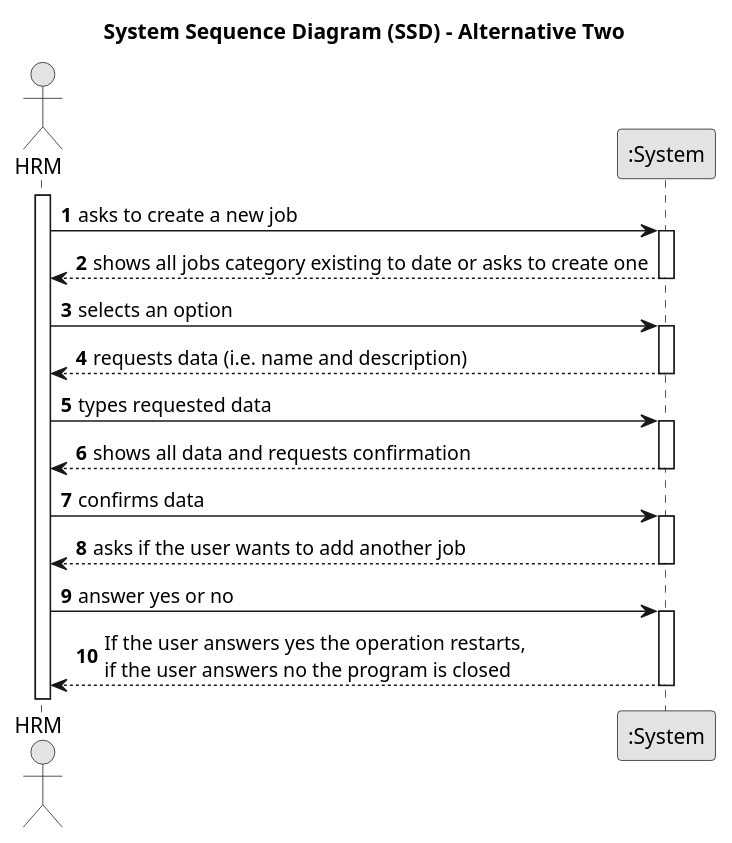
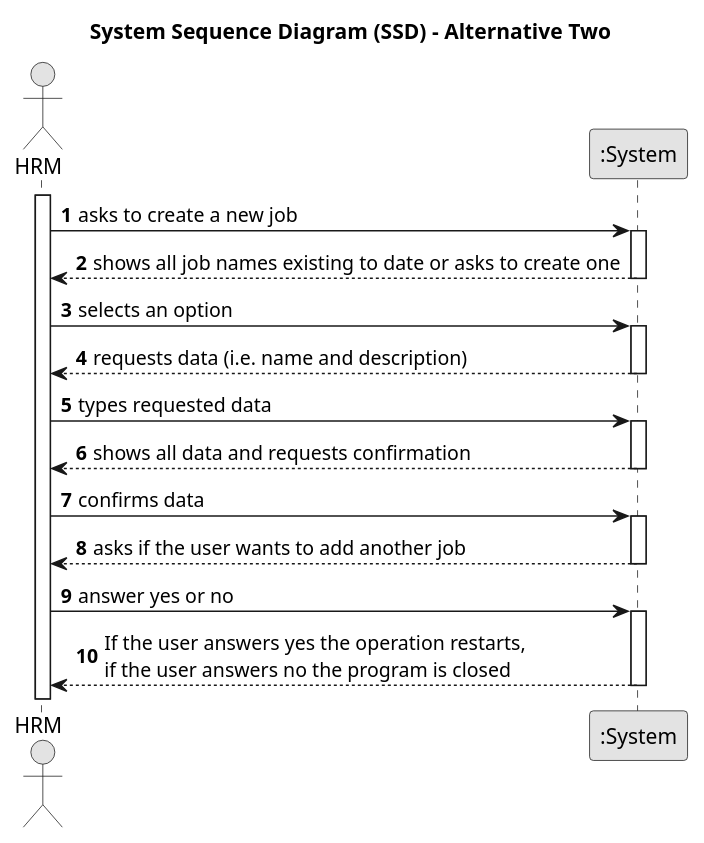
The diagram in docs/sprintA&B/us002/01.requirements-engineering/puml/us002-system-sequence-diagram-alternative-two.puml (daniel41silva05/ISEP_2023_2024_LAPR2), drawn with PlantUML before and after one commit. The commit also changed 17 other files, not shown here.

```diff
--- a/docs/sprintA&B/us002/01.requirements-engineering/puml/us002-system-sequence-diagram-alternative-two.puml
+++ b/docs/sprintA&B/us002/01.requirements-engineering/puml/us002-system-sequence-diagram-alternative-two.puml
@@ -1,45 +1,45 @@
 @startuml
 skinparam monochrome true
 skinparam packageStyle rectangle
 skinparam shadowing false
 
 title System Sequence Diagram (SSD) - Alternative Two
 
 autonumber
 
 actor "HRM" as HRM
 participant ":System" as System
 
 activate HRM
 
     HRM -> System : asks to create a new job
     activate System
 
-        System --> HRM : shows all jobs category existing to date or asks to create one
+        System --> HRM : shows all job names existing to date or asks to create one
     deactivate System
 
     HRM -> System : selects an option
     activate System
 
         System --> HRM : requests data (i.e. name and description)
     deactivate System
 
     HRM -> System : types requested data
     activate System
 
         System --> HRM : shows all data and requests confirmation
     deactivate System
 
     HRM -> System : confirms data
     activate System
 
         System --> HRM : asks if the user wants to add another job
     deactivate System
 
 
     HRM -> System : answer yes or no
     activate System
 
             System --> HRM : If the user answers yes the operation restarts,\nif the user answers no the program is closed
         deactivate System
 @enduml
```
